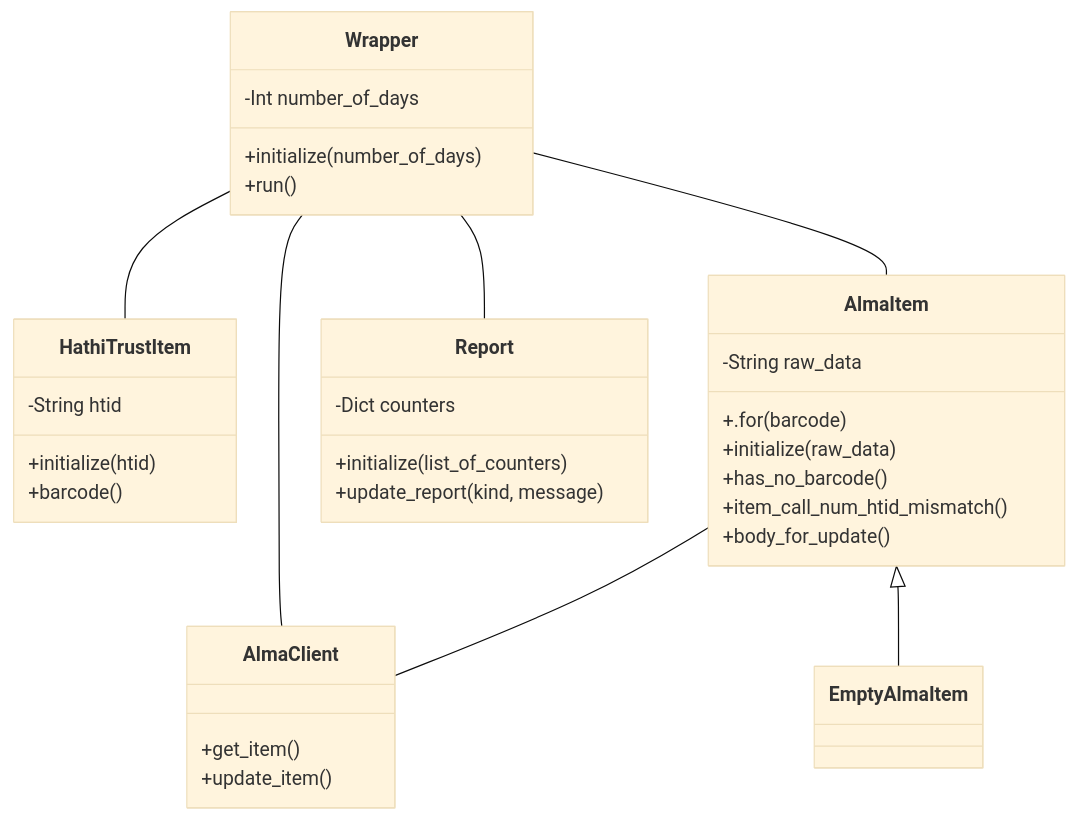
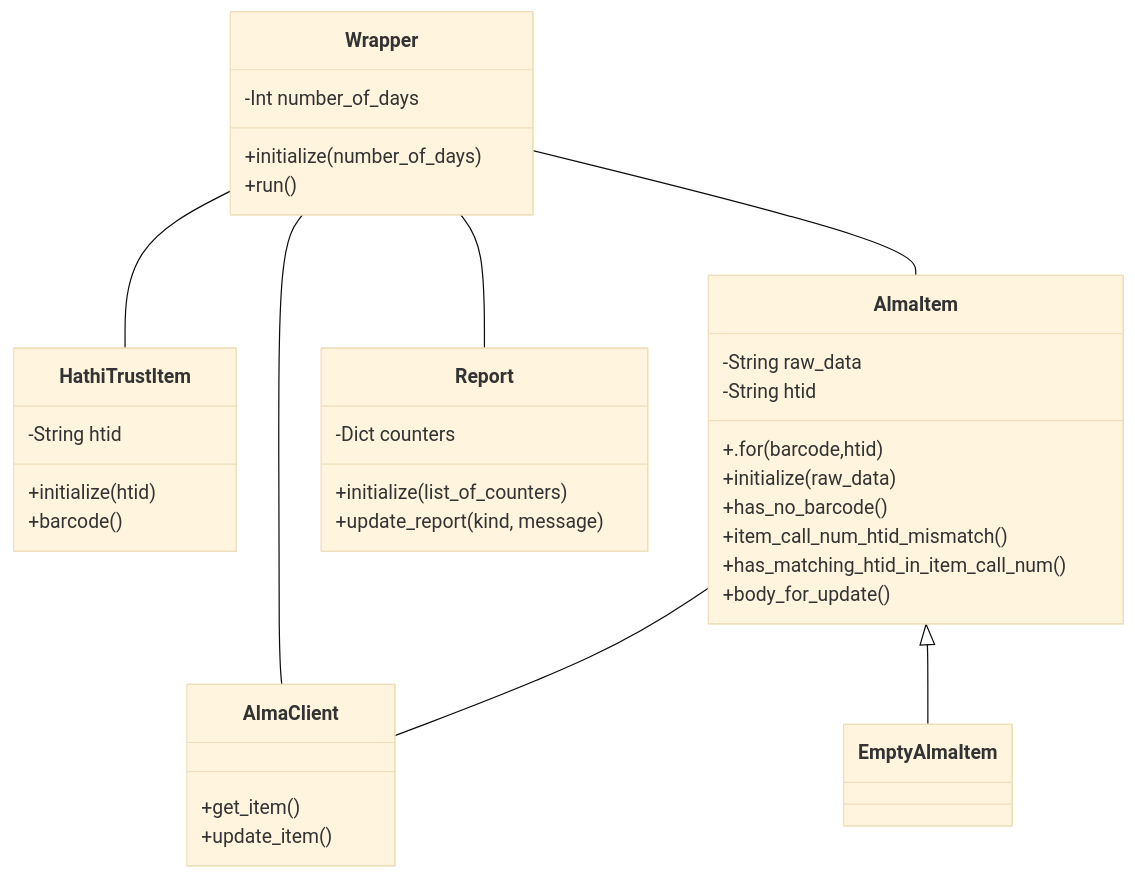
One commit to mlibrary/aim-py changed the first of 2 diagrams in docs/uml_update_ingested_items.md. Above: the diagram before and after it, drawn with Mermaid (base theme).

````diff
--- a/docs/uml_update_ingested_items.md
+++ b/docs/uml_update_ingested_items.md
@@ -2,45 +2,47 @@
 ```mermaid
 classDiagram
     class Wrapper {
         -Int number_of_days
         +initialize(number_of_days)
         +run()
     }
 
     class HathiTrustItem{
         -String htid
         +initialize(htid)
         +barcode()
     }
     class AlmaItem{
         -String raw_data
-        +.for(barcode)
+        -String htid
+        +.for(barcode,htid)
         +initialize(raw_data)
         +has_no_barcode()
         +item_call_num_htid_mismatch()
+        +has_matching_htid_in_item_call_num()
         +body_for_update()
     }
     class EmptyAlmaItem{
 
     }
     AlmaItem <|-- EmptyAlmaItem
     
     Wrapper -- AlmaClient
     Wrapper -- AlmaItem
     AlmaItem -- AlmaClient
     Wrapper -- Report
     Wrapper -- HathiTrustItem
     
     
     class AlmaClient{
         +get_item()
         +update_item()
     }
 
     class Report{
         -Dict counters
         +initialize(list_of_counters)
         +update_report(kind, message)
     }
 
  ```
````
